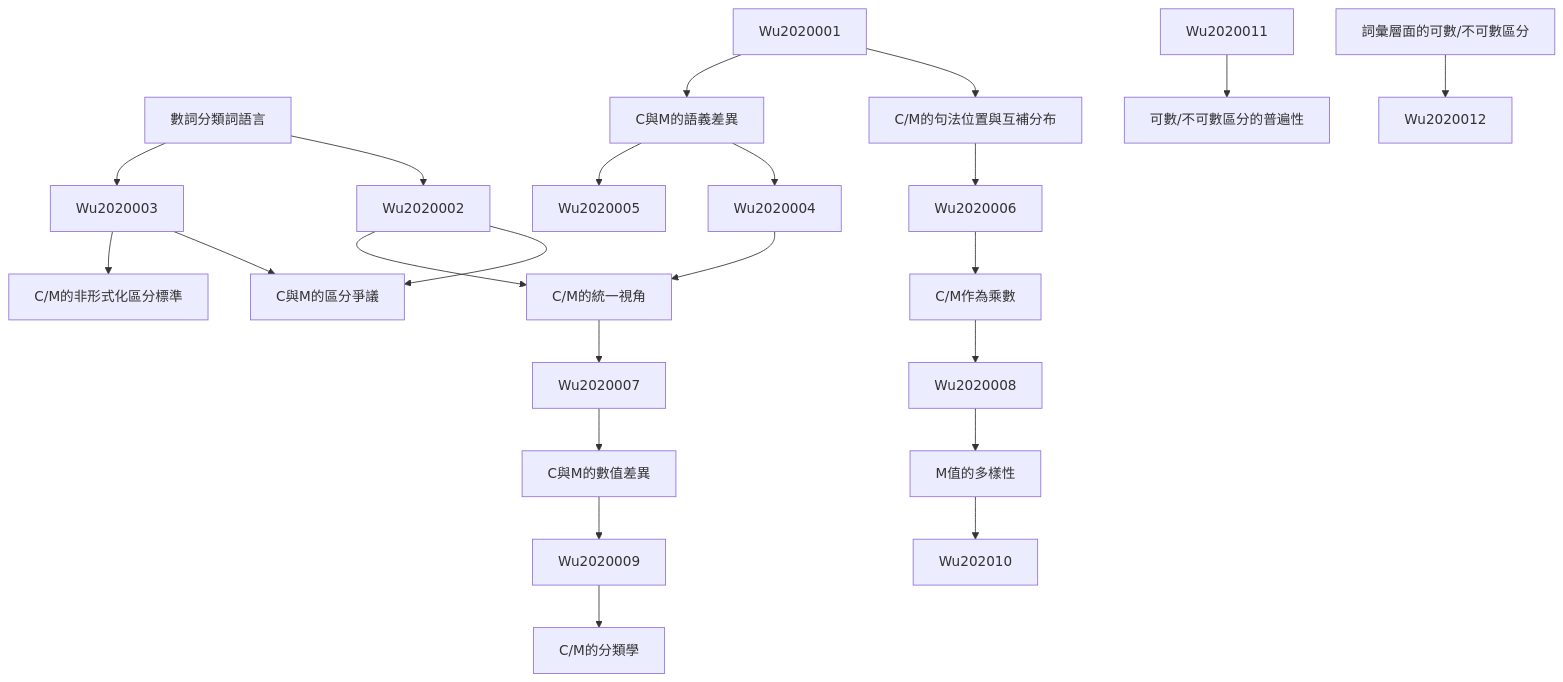
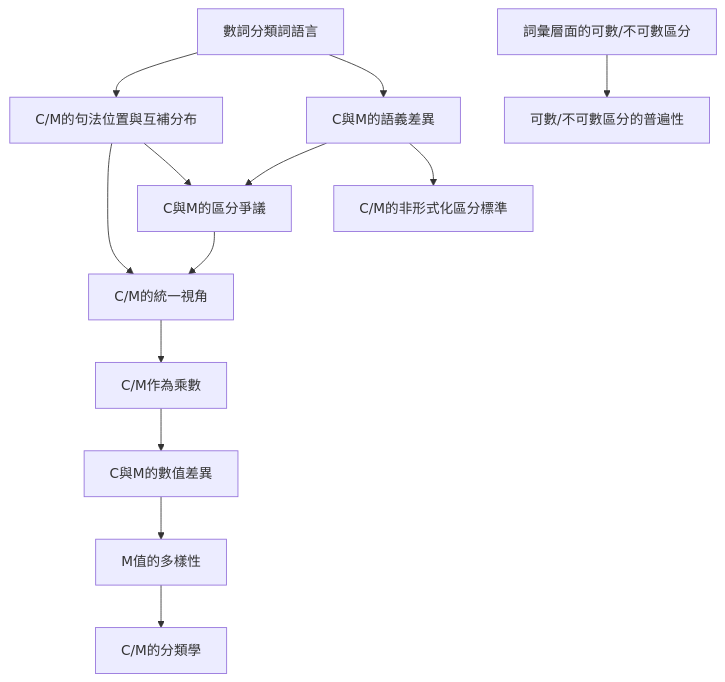
The diagram in output/zettelkasten_notes/zettel_Wu-2020_20251104/zettel_index.md (SCgeeker/Claude_Journal_Club_Agents), drawn with Mermaid before and after one commit. The commit also changed 776 other files, not shown here.

```diff
--- a/output/zettelkasten_notes/zettel_Wu-2020_20251104/zettel_index.md
+++ b/output/zettelkasten_notes/zettel_Wu-2020_20251104/zettel_index.md
@@ -105,133 +105,33 @@
 
     Wu-2020-012["可數/不可數區分的普遍性"]
 
+    Wu-2020-001 --> Wu-2020-002
+
+    Wu-2020-001 --> Wu-2020-003
 
 
+    Wu-2020-002 --> Wu-2020-006
 
 
+    Wu-2020-003 --> Wu-2020-004
 
-    Wu-2020-001 --> Wu2020002
+    Wu-2020-003 --> Wu-2020-005
 
-    Wu-2020-001 --> Wu2020003
+    Wu-2020-002 --> Wu-2020-004
+
+    Wu-2020-004 --> Wu-2020-006
+
+    Wu-2020-006 --> Wu-2020-007
 
 
+    Wu-2020-007 --> Wu-2020-008
 
 
+    Wu-2020-008 --> Wu-2020-009
 
+    Wu-2020-009 --> Wu-2020-010
 
-    Wu2020001 --> Wu-2020-002
-
-
-
-
-    Wu-2020-002 --> Wu2020006
-
-
-
-
-
-
-    Wu2020001 --> Wu-2020-003
-
-
-
-
-    Wu-2020-003 --> Wu2020004
-
-    Wu-2020-003 --> Wu2020005
-
-
-
-
-
-
-    Wu2020002 --> Wu-2020-004
-
-    Wu2020003 --> Wu-2020-004
-
-
-
-
-
-
-
-    Wu2020003 --> Wu-2020-005
-
-
-
-
-
-
-
-    Wu2020002 --> Wu-2020-006
-
-    Wu2020004 --> Wu-2020-006
-
-
-
-
-    Wu-2020-006 --> Wu2020007
-
-
-
-
-
-
-    Wu2020006 --> Wu-2020-007
-
-
-
-
-    Wu-2020-007 --> Wu2020008
-
-
-
-
-
-
-    Wu2020007 --> Wu-2020-008
-
-
-
-
-    Wu-2020-008 --> Wu2020009
-
-
-
-
-
-
-    Wu2020008 --> Wu-2020-009
-
-
-
-
-    Wu-2020-009 --> Wu202010
-
-
-
-
-
-
-    Wu2020009 --> Wu-2020-010
-
-
-
-
-
-
-
-
-    Wu-2020-011 --> Wu2020012
-
-
-
-
-
-
-    Wu2020011 --> Wu-2020-012
-
-
+    Wu-2020-011 --> Wu-2020-012
 
 
 
```
